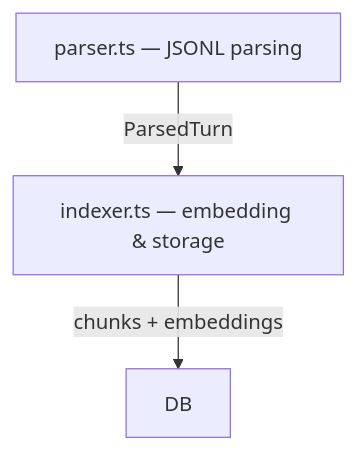
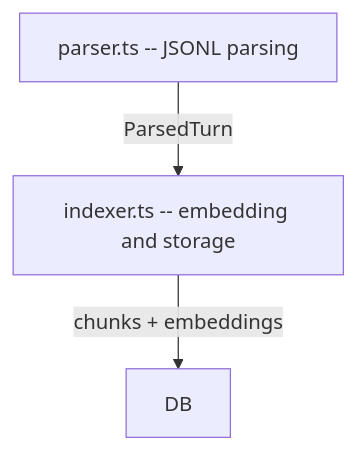
One commit to TheWinci/mimirs changed the first of 2 diagrams in wiki/modules/conversation/index.md. Above: the diagram before and after it, drawn with Mermaid. The commit also changed other lines of this file and 27 other files, not shown here.

````diff
--- a/wiki/modules/conversation/index.md
+++ b/wiki/modules/conversation/index.md
@@ -10,8 +10,8 @@
 ```mermaid
 flowchart TD
-  parser["parser.ts — JSONL parsing"]
-  indexer["indexer.ts — embedding & storage"]
+  parser["parser.ts -- JSONL parsing"]
+  indexer["indexer.ts -- embedding and storage"]
 
   parser -->|ParsedTurn| indexer
   indexer -->|chunks + embeddings| dbMod["DB"]
 ```
````
